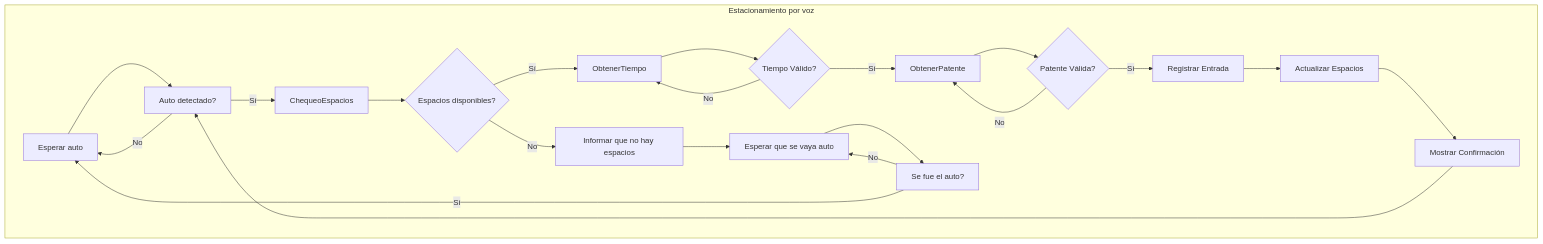
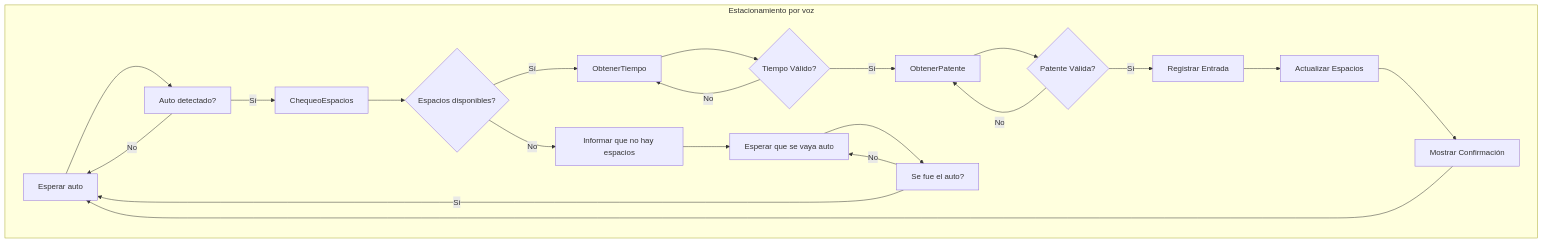
The diagram in README.md (EstacionamientoPorVoz-Prog3/aparcamiento-por-voz), drawn with Mermaid before and after one commit.

````diff
--- a/README.md
+++ b/README.md
@@ -5,24 +5,24 @@
 ```mermaid
 flowchart TD
     subgraph Estacionamiento por voz
         Z[Esperar auto] --> A[Auto detectado?]
         A --> |Sí| B[ChequeoEspacios]
         A --> |No| Z
         B --> C{Espacios disponibles?}
         C -->|Sí| D[ObtenerTiempo]
         D --> E{Tiempo Válido?}
         E -->|No| D
         E -->|Sí| F[ObtenerPatente]
         F --> G{Patente Válida?}
         G -->|No| F
         G -->|Sí| H[Registrar Entrada]
         H --> I[Actualizar Espacios]
         I --> J[Mostrar Confirmación]
         C -->|No| K[Informar que no hay espacios]
         K --> L[Esperar que se vaya auto]
-        J --> A
+        J --> Z
         L --> M[Se fue el auto?]
         M --> |No| L
         M --> |Sí| Z
     end
 ```
````
